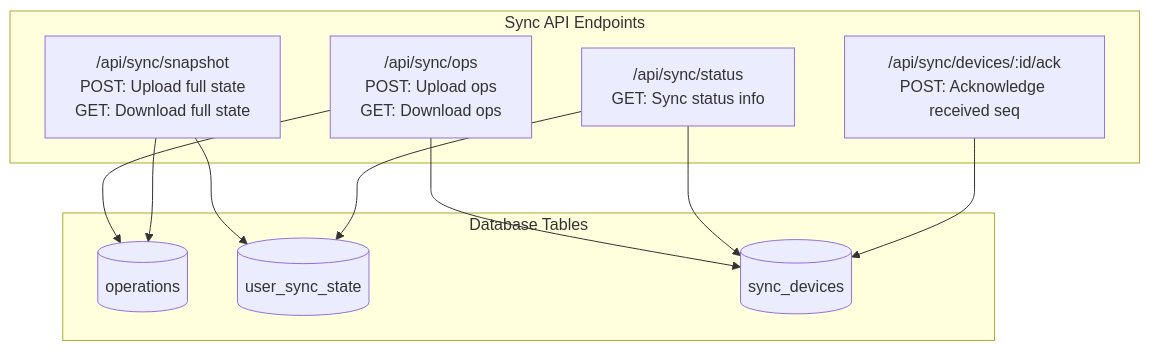
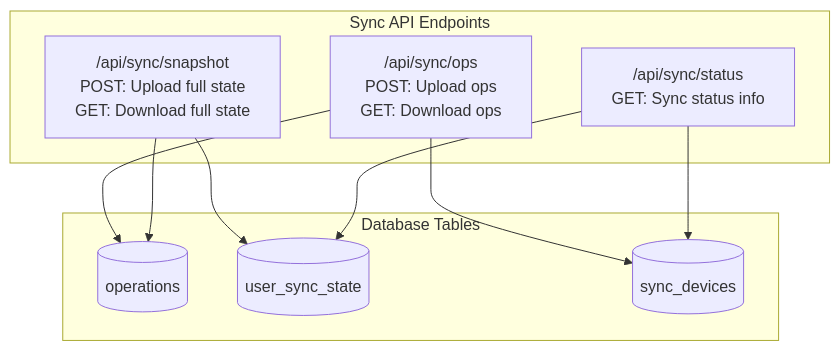
Before and after one commit to johannesjo/super-productivity: the eighth of 26 diagrams in packages/super-sync-server/sync-server-architecture-diagrams.md, drawn with Mermaid. The commit also changed other lines of this file and 12 other files, not shown here.

First line of the commit message:
refactor(sync): remove ACK mechanism, simplify to time-based cleanup

````diff
--- a/packages/super-sync-server/sync-server-architecture-diagrams.md
+++ b/packages/super-sync-server/sync-server-architecture-diagrams.md
@@ -282,23 +281,21 @@
 ```mermaid
 flowchart TB
     subgraph Endpoints["Sync API Endpoints"]
         OpsEndpoint["/api/sync/ops<br/>POST: Upload ops<br/>GET: Download ops"]
         SnapshotEndpoint["/api/sync/snapshot<br/>POST: Upload full state<br/>GET: Download full state"]
         StatusEndpoint["/api/sync/status<br/>GET: Sync status info"]
-        AckEndpoint["/api/sync/devices/:id/ack<br/>POST: Acknowledge received seq"]
     end
 
     subgraph Tables["Database Tables"]
         OpsTable[(operations)]
         StateTable[(user_sync_state)]
         DevicesTable[(sync_devices)]
     end
 
     OpsEndpoint --> OpsTable
     OpsEndpoint --> DevicesTable
     SnapshotEndpoint --> StateTable
     SnapshotEndpoint --> OpsTable
     StatusEndpoint --> StateTable
     StatusEndpoint --> DevicesTable
-    AckEndpoint --> DevicesTable
 ```
````
